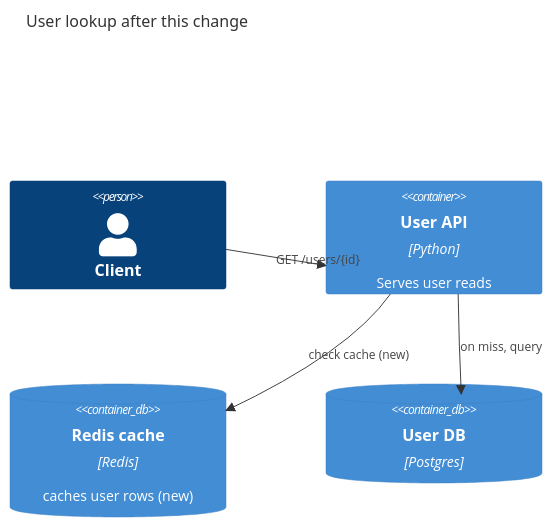
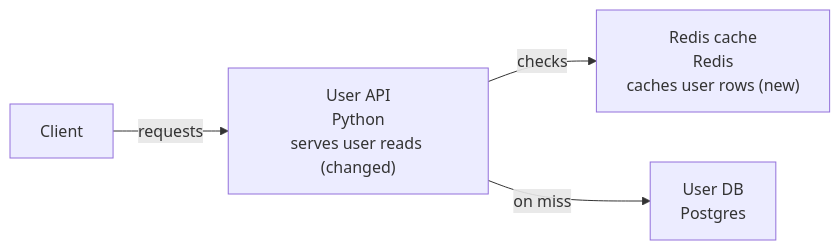
One commit to MattJColes/lgtmaybe changed the diagram in docs/how-to/generate-a-change-diagram.md. Above: the diagram before and after it, drawn with Mermaid. The commit also changed other lines of this file and 21 other files, not shown here.

Commit message:
fix: generate readable Mermaid flowcharts

````diff
--- a/docs/how-to/generate-a-change-diagram.md
+++ b/docs/how-to/generate-a-change-diagram.md
@@ -40,11 +40,10 @@
 ```mermaid
-C4Container
-    title User lookup after this change
-    Person(client, "Client")
-    Container(api, "User API", "Python", "Serves user reads")
-    ContainerDb(cache, "Redis cache", "Redis", "caches user rows (new)")
-    ContainerDb(db, "User DB", "Postgres")
-    Rel(client, api, "GET /users/{id}")
-    Rel(api, cache, "check cache (new)")
-    Rel(api, db, "on miss, query")
+flowchart LR
+    client["Client"]
+    api["User API<br/>Python<br/>serves user reads (changed)"]
+    cache["Redis cache<br/>Redis<br/>caches user rows (new)"]
+    db["User DB<br/>Postgres"]
+    client -->|requests| api
+    api -->|checks| cache
+    api -->|on miss| db
 ```
````
